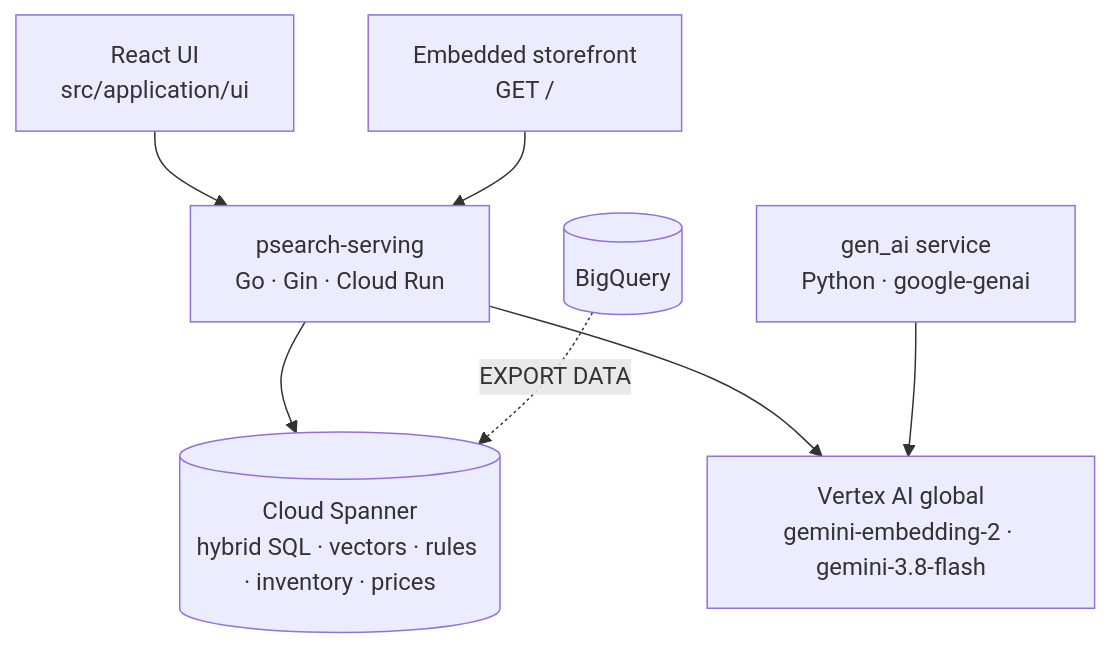
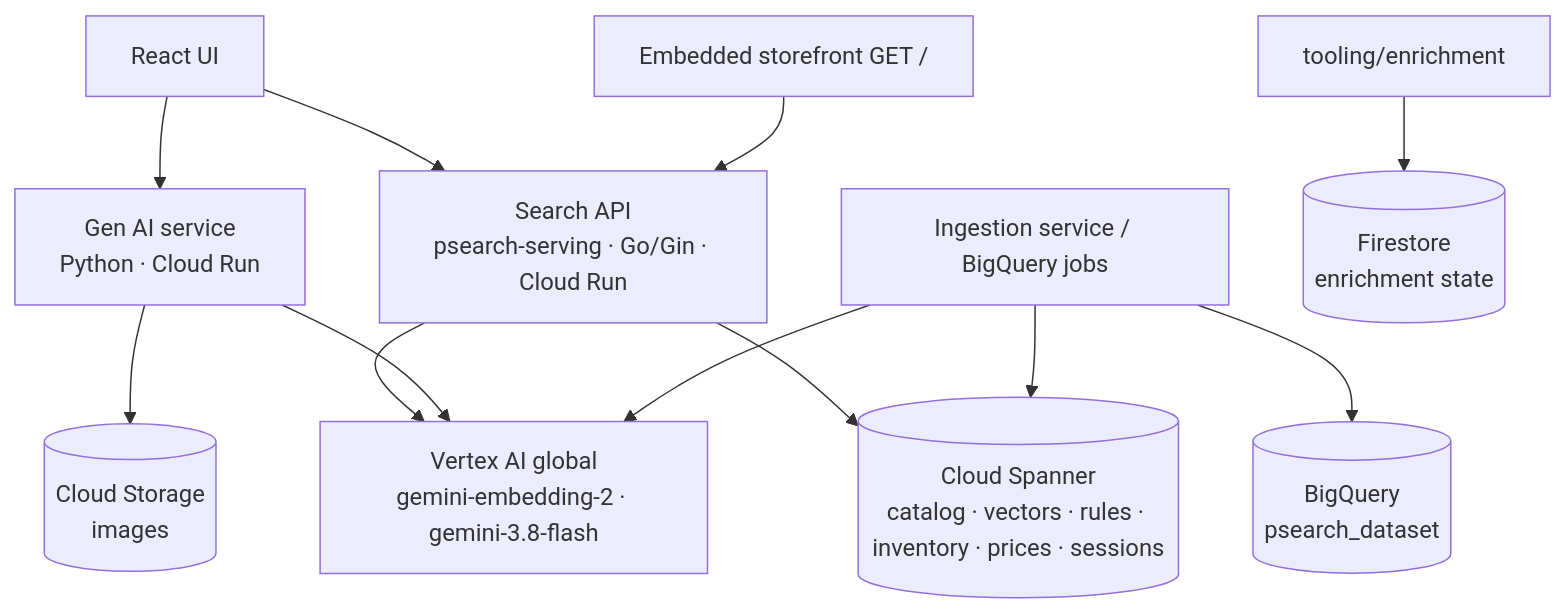
The diagram in README.md (duboc/scion-experiment), drawn with Mermaid before and after one commit. The commit also changed other lines of this file, not shown here.

First line of the commit message:
docs(readme): Google Developer documentation pattern with Waves 1-5, eval pyramid and Scion factory (#30)

````diff
--- a/README.md
+++ b/README.md
@@ -43,9 +58,16 @@
 ```mermaid
 graph TD
-    UI[React UI<br/>src/application/ui] --> API
-    SF[Embedded storefront<br/>GET /] --> API
-    API[psearch-serving<br/>Go · Gin · Cloud Run] --> SP[(Cloud Spanner<br/>hybrid SQL · vectors · rules · inventory · prices)]
-    API --> VX[Vertex AI global<br/>gemini-embedding-2 · gemini-3.8-flash]
-    GENAI[gen_ai service<br/>Python · google-genai] --> VX
-    BQ[(BigQuery)] -. EXPORT DATA .-> SP
+    Client[React UI] --> SearchAPI[Search API<br/>psearch-serving · Go/Gin · Cloud Run]
+    Store[Embedded storefront GET /] --> SearchAPI
+    Client --> GenAI[Gen AI service<br/>Python · Cloud Run]
+
+    SearchAPI --> Spanner[(Cloud Spanner<br/>catalog · vectors · rules · inventory · prices · sessions)]
+    SearchAPI --> VertexAI[Vertex AI global<br/>gemini-embedding-2 · gemini-3.8-flash]
+    GenAI --> VertexAI
+    GenAI --> GCS[(Cloud Storage<br/>images)]
+
+    Ingestion[Ingestion service / BigQuery jobs] --> Spanner
+    Ingestion --> BigQuery[(BigQuery<br/>psearch_dataset)]
+    Ingestion --> VertexAI
+    Tooling[tooling/enrichment] --> Firestore[(Firestore<br/>enrichment state)]
 ```
````
